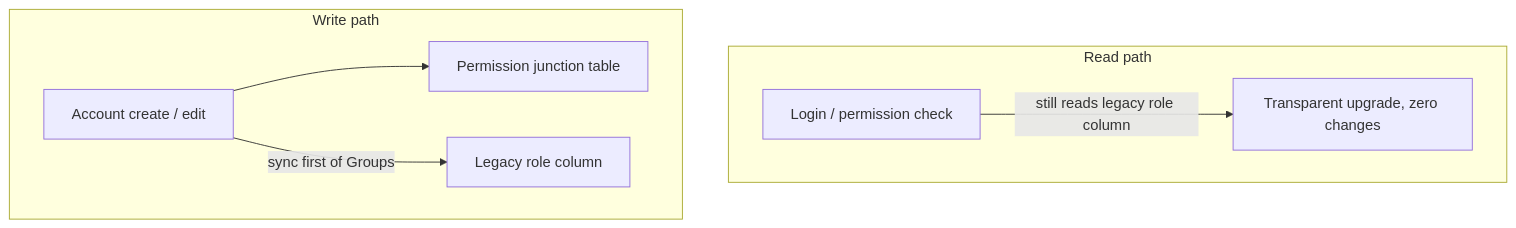
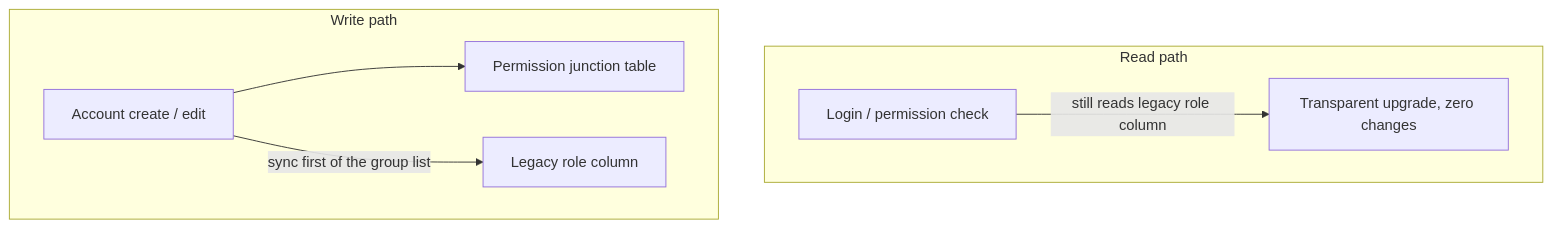
Before and after one commit to leemengju/leemengju.github.io: the diagram in src/content/projects-en/permission-multiselect.md, drawn with Mermaid. The commit also changed other lines of this file and 17 other files, not shown here.

````diff
--- a/src/content/projects-en/permission-multiselect.md
+++ b/src/content/projects-en/permission-multiselect.md
@@ -94,10 +95,10 @@
 ```mermaid
 flowchart TD
     subgraph Read path
       L[Login / permission check] -->|still reads legacy role column| OK[Transparent upgrade, zero changes]
     end
     subgraph Write path
       W[Account create / edit] --> M[Permission junction table]
-      W -->|sync first of Groups| ROLE[Legacy role column]
+      W -->|sync first of the group list| ROLE[Legacy role column]
     end
 ```
````
